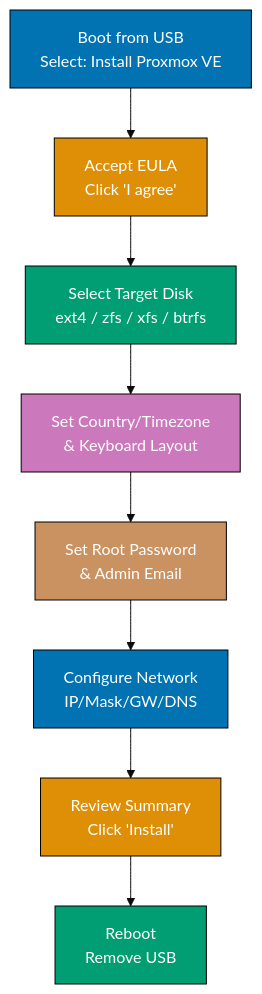
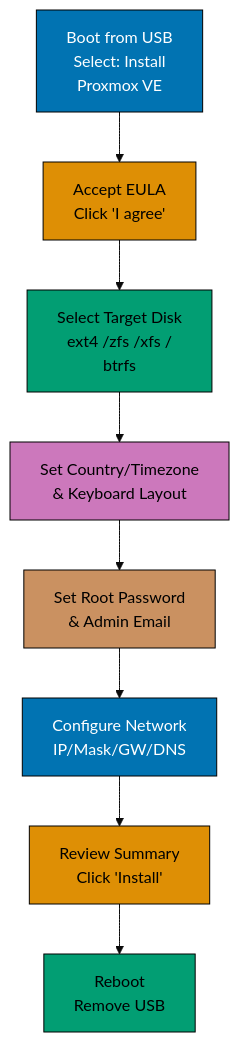
Before and after one commit to wahidyankf/ose-public: the first of 9 diagrams in apps/ayokoding-www/content/en/learn/legacy/software-engineering/infrastructure/tools/proxmox/by-example/beginner.md, drawn with Mermaid (base theme). The commit also changed other lines of this file and 131 other files, not shown here.

First line of the commit message:
fix(mermaid): bring the legacy data, infrastructure, and testing diagrams onto the accessible palette

````diff
--- a/apps/ayokoding-www/content/en/learn/legacy/software-engineering/infrastructure/tools/proxmox/by-example/beginner.md
+++ b/apps/ayokoding-www/content/en/learn/legacy/software-engineering/infrastructure/tools/proxmox/by-example/beginner.md
@@ -80,20 +80,28 @@
 ```mermaid
 %% Color Palette: Blue #0173B2, Orange #DE8F05, Teal #029E73, Purple #CC78BC, Brown #CA9161
 graph TD
-    A["Boot from USB<br/>Select: Install Proxmox VE"] --> B["Accept EULA<br/>Click 'I agree'"]
-    B --> C["Select Target Disk<br/>ext4 / zfs / xfs / btrfs"]
+    accTitle: Example 3: Run the Graphical PVE Installer
+    accDescr: Graph with 10 nodes and 9 connections. Nodes: Boot from USB Select: Install Proxmox VE, Accept EULA Click I agree, Select Target Disk ext4 /zfs /xfs / btrfs, D, Keyboard, E, Admin, Configure Network IP/Mask/GW/DNS, Review Summary Click Install, Reboot Remove USB. Connections: Boot from USB Select: Install Proxmox VE to Accept EULA Click I agree, Accept EULA Click I agree to Select Target Disk ext4 /zfs /xfs / btrfs, Select Target Disk ext4 /zfs /xfs / btrfs to D, Select Target Disk ext4 /zfs /xfs / btrfs to Keyboard, D to E, D to Admin, E to Configure Network IP/Mask/GW/DNS, Configure Network IP/Mask/GW/DNS to Review Summary Click Install, Review Summary Click Install to Reboot Remove USB.
+    A["Boot from USB<br/>Select: Install<br/>Proxmox VE"] --> B["Accept EULA<br/>Click 'I agree'"]
+    B --> C["Select Target Disk<br/>ext4 /zfs /xfs /<br/>btrfs"]
     C --> D["Set Country/Timezone<br/>& Keyboard Layout"]
     D --> E["Set Root Password<br/>& Admin Email"]
     E --> F["Configure Network<br/>IP/Mask/GW/DNS"]
     F --> G["Review Summary<br/>Click 'Install'"]
     G --> H["Reboot<br/>Remove USB"]
 
-    style A fill:#0173B2,color:#fff,stroke:#000
-    style B fill:#DE8F05,color:#fff,stroke:#000
-    style C fill:#029E73,color:#fff,stroke:#000
-    style D fill:#CC78BC,color:#fff,stroke:#000
-    style E fill:#CA9161,color:#fff,stroke:#000
-    style F fill:#0173B2,color:#fff,stroke:#000
-    style G fill:#DE8F05,color:#fff,stroke:#000
-    style H fill:#029E73,color:#fff,stroke:#000
+    classDef pal-0173B2 fill:#0173B2,stroke:#000000,color:#FFFFFF
+    class A pal-0173B2
+    classDef pal-DE8F05 fill:#DE8F05,stroke:#000000,color:#000000
+    class B pal-DE8F05
+    classDef pal-029E73 fill:#029E73,stroke:#000000,color:#000000
+    class C pal-029E73
+    classDef pal-CC78BC fill:#CC78BC,stroke:#000000,color:#000000
+    class D pal-CC78BC
+    classDef pal-CA9161 fill:#CA9161,stroke:#000000,color:#000000
+    class E pal-CA9161
+    class F pal-0173B2
+    class G pal-DE8F05
+    class H pal-029E73
+    classDef default fill:#FFFFFF,stroke:#000000,color:#000000
 ```
````
